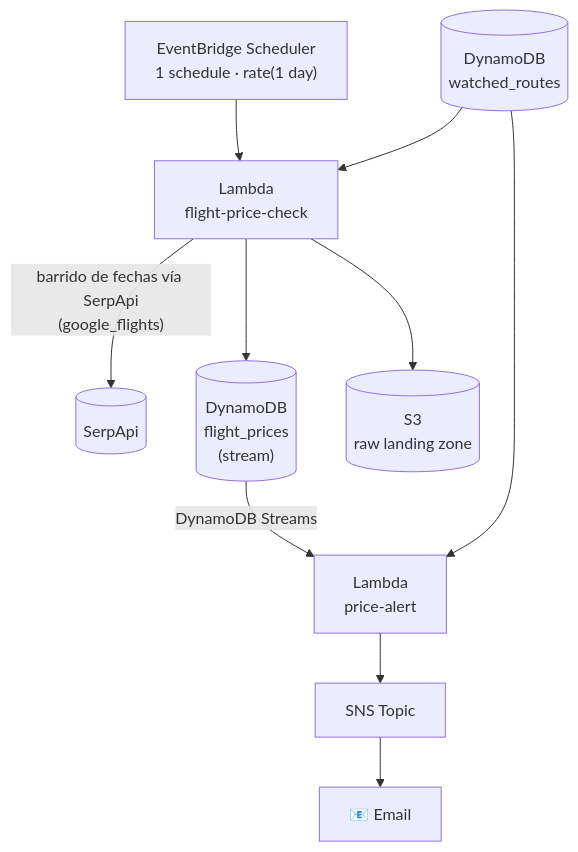
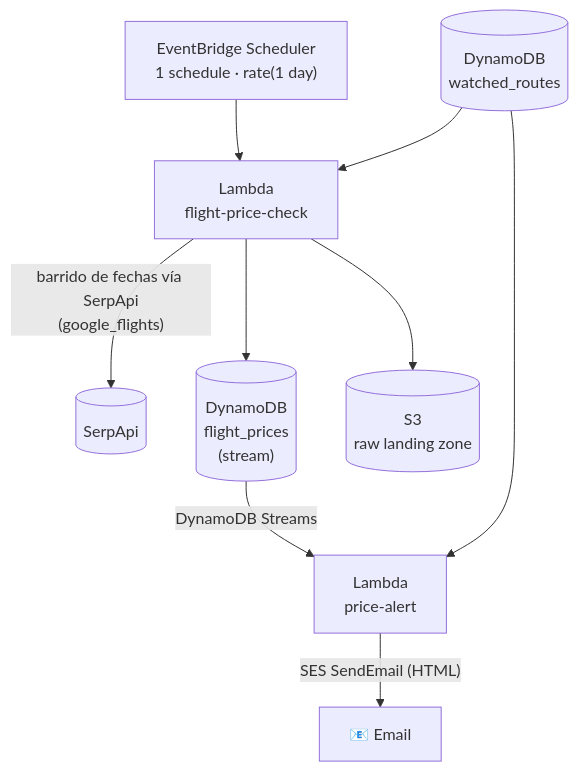
One commit to rmriedel/lab-aws-devops changed the diagram in README.md. Above: the diagram before and after it, drawn with Mermaid. The commit also changed other lines of this file and 8 other files, not shown here.

First line of the commit message:
Send price alerts as an HTML table via SES, with full round-trip detail

````diff
--- a/README.md
+++ b/README.md
@@ -9,16 +9,15 @@
 ```mermaid
 flowchart TD
     EB["EventBridge Scheduler<br/>1 schedule · rate(1 day)"]
     EB --> L1["Lambda<br/>flight-price-check"]
 
     WR[("DynamoDB<br/>watched_routes")] --> L1
     L1 -->|"barrido de fechas vía SerpApi<br/>(google_flights)"| SA[("SerpApi")]
 
     L1 --> FP[("DynamoDB<br/>flight_prices<br/>(stream)")]
     L1 --> S3[("S3<br/>raw landing zone")]
 
     FP -->|DynamoDB Streams| L2["Lambda<br/>price-alert"]
     WR --> L2
-    L2 --> SNS["SNS Topic"]
-    SNS --> Mail["📧 Email"]
+    L2 -->|"SES SendEmail (HTML)"| Mail["📧 Email"]
 ```
````
